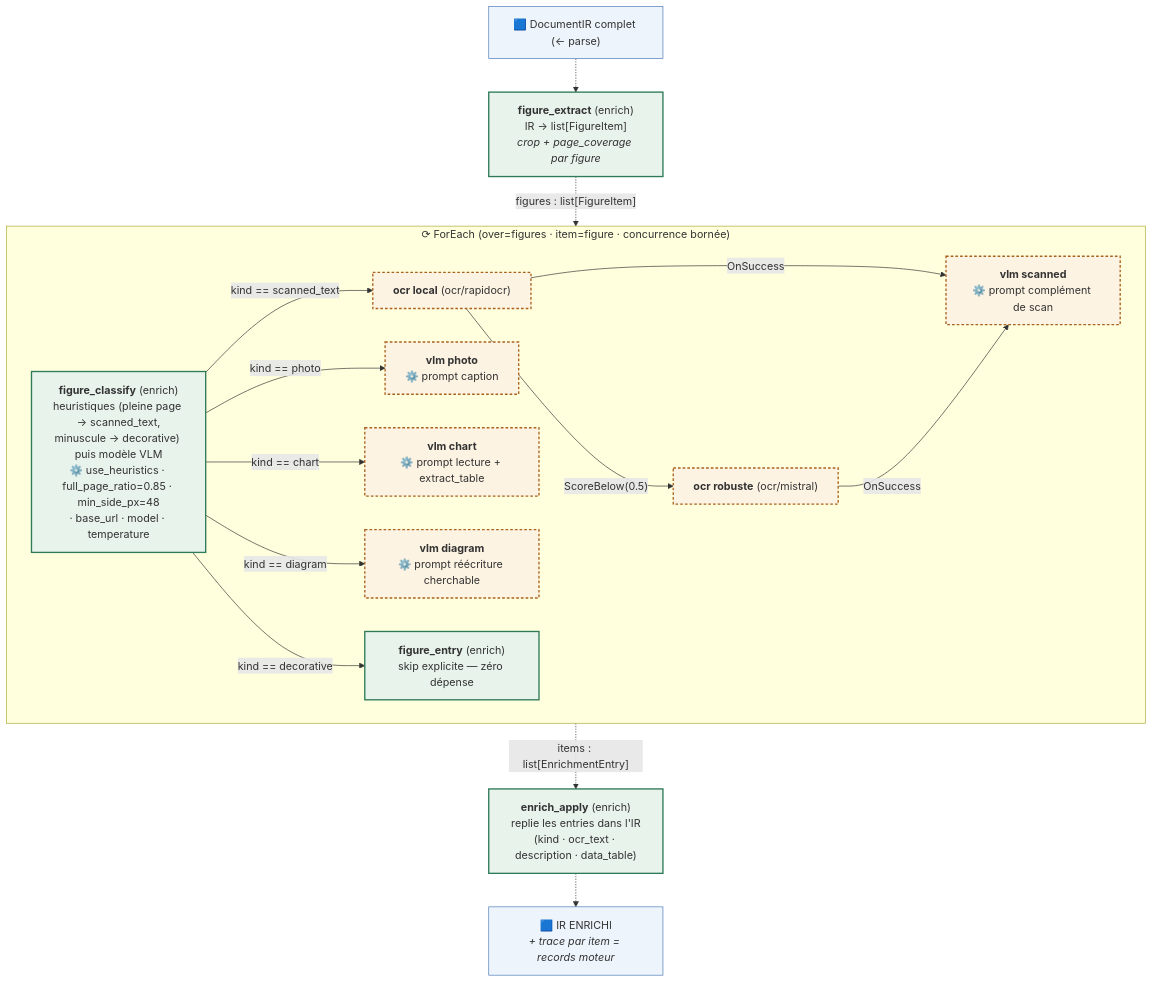
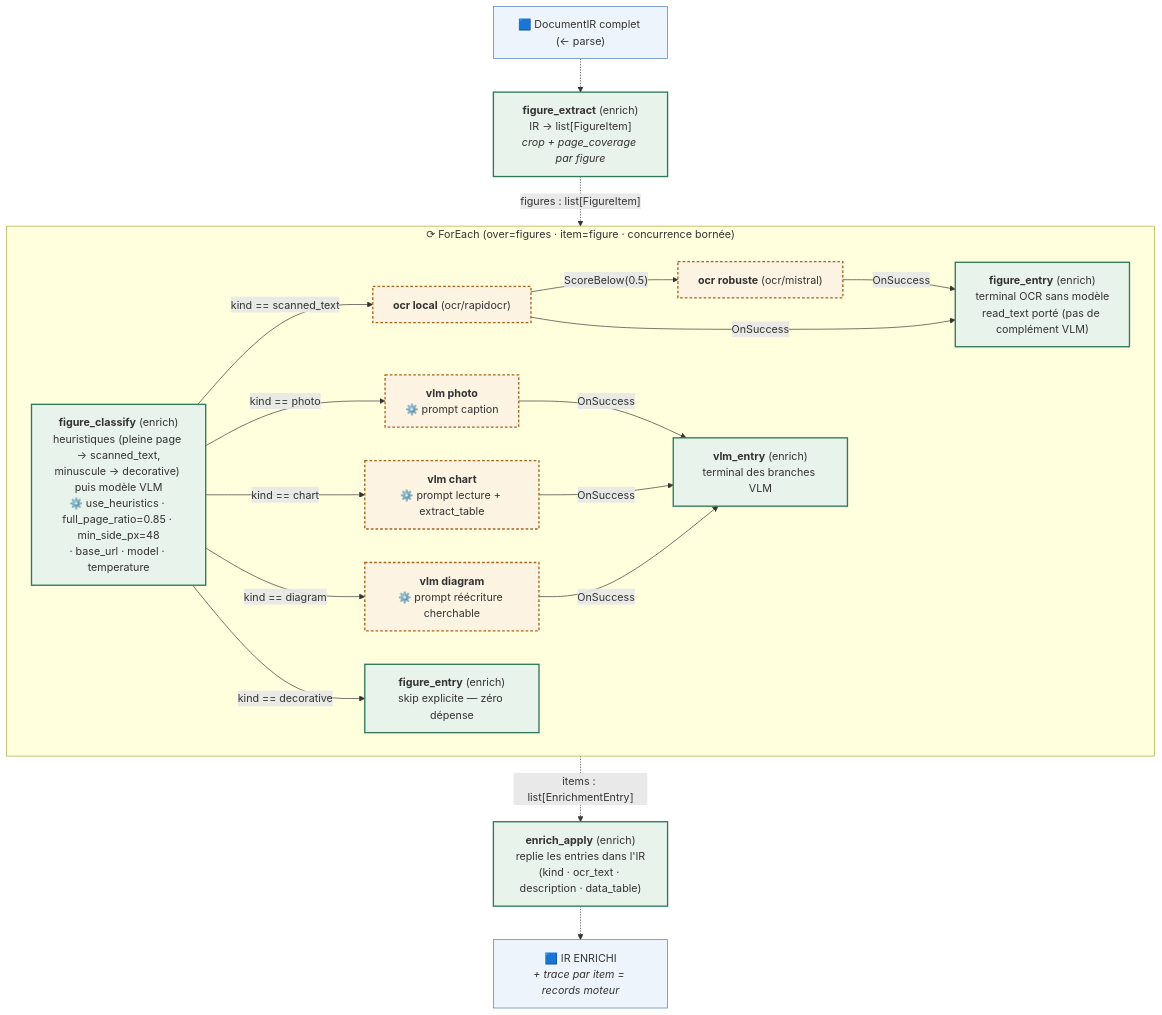
The fourth of 4 diagrams in src/docforge/PIPELINE.md (Florian-BARRE/DocForge), drawn with Mermaid before and after one commit. The commit also changed other lines of this file and 1 other file, not shown here.

````diff
--- a/src/docforge/PIPELINE.md
+++ b/src/docforge/PIPELINE.md
@@ -211,35 +216,39 @@
 ```mermaid
 flowchart TB
     classDef artefact fill:#eef4fb,stroke:#4a7ab5,stroke-width:1px
     classDef node fill:#e8f3ec,stroke:#2f7a58,stroke-width:2px
     classDef choice fill:#fdf3e3,stroke:#a9631f,stroke-width:2px,stroke-dasharray: 4 3
 
     IR3["🟦 DocumentIR complet (← parse)"]:::artefact
     EXT["<b>figure_extract</b> (enrich)<br/>IR → list[FigureItem]<br/><i>crop + page_coverage par figure</i>"]:::node
 
     subgraph FE["⟳ ForEach (over=figures · item=figure · concurrence bornée)"]
         CLF["<b>figure_classify</b> (enrich)<br/>heuristiques (pleine page → scanned_text,<br/>minuscule → decorative) puis modèle VLM<br/>⚙️ use_heuristics · full_page_ratio=0.85 · min_side_px=48<br/>· base_url · model · temperature"]:::node
         OC["<b>ocr local</b> (ocr/rapidocr)"]:::choice
         OR["<b>ocr robuste</b> (ocr/mistral)"]:::choice
-        VS["<b>vlm scanned</b><br/>⚙️ prompt complément de scan"]:::choice
         VP["<b>vlm photo</b><br/>⚙️ prompt caption"]:::choice
         VC["<b>vlm chart</b><br/>⚙️ prompt lecture + extract_table"]:::choice
         VD["<b>vlm diagram</b><br/>⚙️ prompt réécriture cherchable"]:::choice
+        OCE["<b>figure_entry</b> (enrich)<br/>terminal OCR sans modèle<br/>read_text porté (pas de complément VLM)"]:::node
+        VE["<b>vlm_entry</b> (enrich)<br/>terminal des branches VLM"]:::node
         SK["<b>figure_entry</b> (enrich)<br/>skip explicite — zéro dépense"]:::node
 
         CLF -->|"kind == scanned_text"| OC
         CLF -->|"kind == photo"| VP
         CLF -->|"kind == chart"| VC
         CLF -->|"kind == diagram"| VD
         CLF -->|"kind == decorative"| SK
         OC -->|"ScoreBelow(0.5)"| OR
-        OC -->|"OnSuccess"| VS
-        OR -->|"OnSuccess"| VS
+        OC -->|"OnSuccess"| OCE
+        OR -->|"OnSuccess"| OCE
+        VP -->|"OnSuccess"| VE
+        VC -->|"OnSuccess"| VE
+        VD -->|"OnSuccess"| VE
     end
 
     APP["<b>enrich_apply</b> (enrich)<br/>replie les entries dans l'IR<br/>(kind · ocr_text · description · data_table)"]:::node
     OUT3["🟦 IR ENRICHI<br/><i>+ trace par item = records moteur</i>"]:::artefact
 
     IR3 -.-> EXT -.->|"figures : list[FigureItem]"| FE
     FE -.->|"items : list[EnrichmentEntry]"| APP -.-> OUT3
 ```
````
